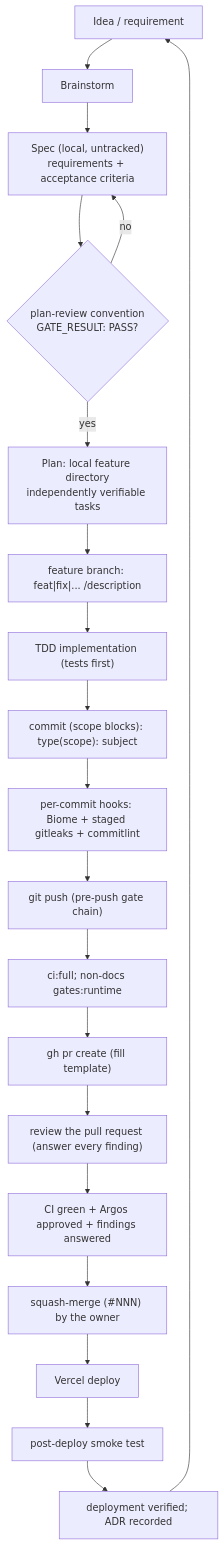
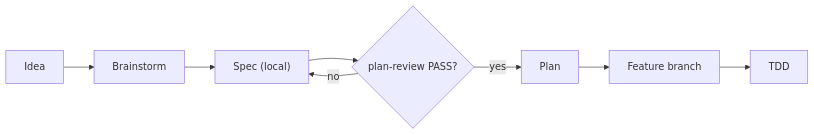
The first of 4 diagrams in docs/handbook/development-lifecycle.md (erikunha/portfolio), drawn with Mermaid before and after one commit. The commit also changed other lines of this file and 4 other files, not shown here.

First line of the commit message:
docs(handbook): split large mermaid diagrams into small single-flow views

````diff
--- a/docs/handbook/development-lifecycle.md
+++ b/docs/handbook/development-lifecycle.md
@@ -7,22 +9,7 @@
 ```mermaid
-flowchart TD
-    idea["Idea / requirement"] --> brainstorm["Brainstorm"]
-    brainstorm --> spec["Spec (local, untracked)<br/>requirements + acceptance criteria"]
-    spec --> agate{"plan-review convention<br/>GATE_RESULT: PASS?"}
+flowchart LR
+    idea["Idea"] --> brainstorm["Brainstorm"] --> spec["Spec (local)"]
+    spec --> agate{"plan-review PASS?"}
     agate -->|no| spec
-    agate -->|yes| plan["Plan: local feature directory<br/>independently verifiable tasks"]
-    plan --> branch["feature branch: feat|fix|... /description"]
-    branch --> tdd["TDD implementation (tests first)"]
-    tdd --> commit["commit (scope blocks): type(scope): subject"]
-    commit --> hooks["per-commit hooks: Biome + staged gitleaks + commitlint"]
-    hooks --> push["git push (pre-push gate chain)"]
-    push --> readypr["ci:full; non-docs gates:runtime"]
-    readypr --> pr["gh pr create (fill template)"]
-    pr --> conv["review the pull request (answer every finding)"]
-    conv --> readymerge["CI green + Argos approved + findings answered"]
-    readymerge --> merge["squash-merge (#NNN) by the owner"]
-    merge --> deploy["Vercel deploy"]
-    deploy --> smoke["post-deploy smoke test"]
-    smoke --> adr["deployment verified; ADR recorded"]
-    adr --> idea
+    agate -->|yes| plan["Plan"] --> branch["Feature branch"] --> tdd["TDD"]
 ```
````
